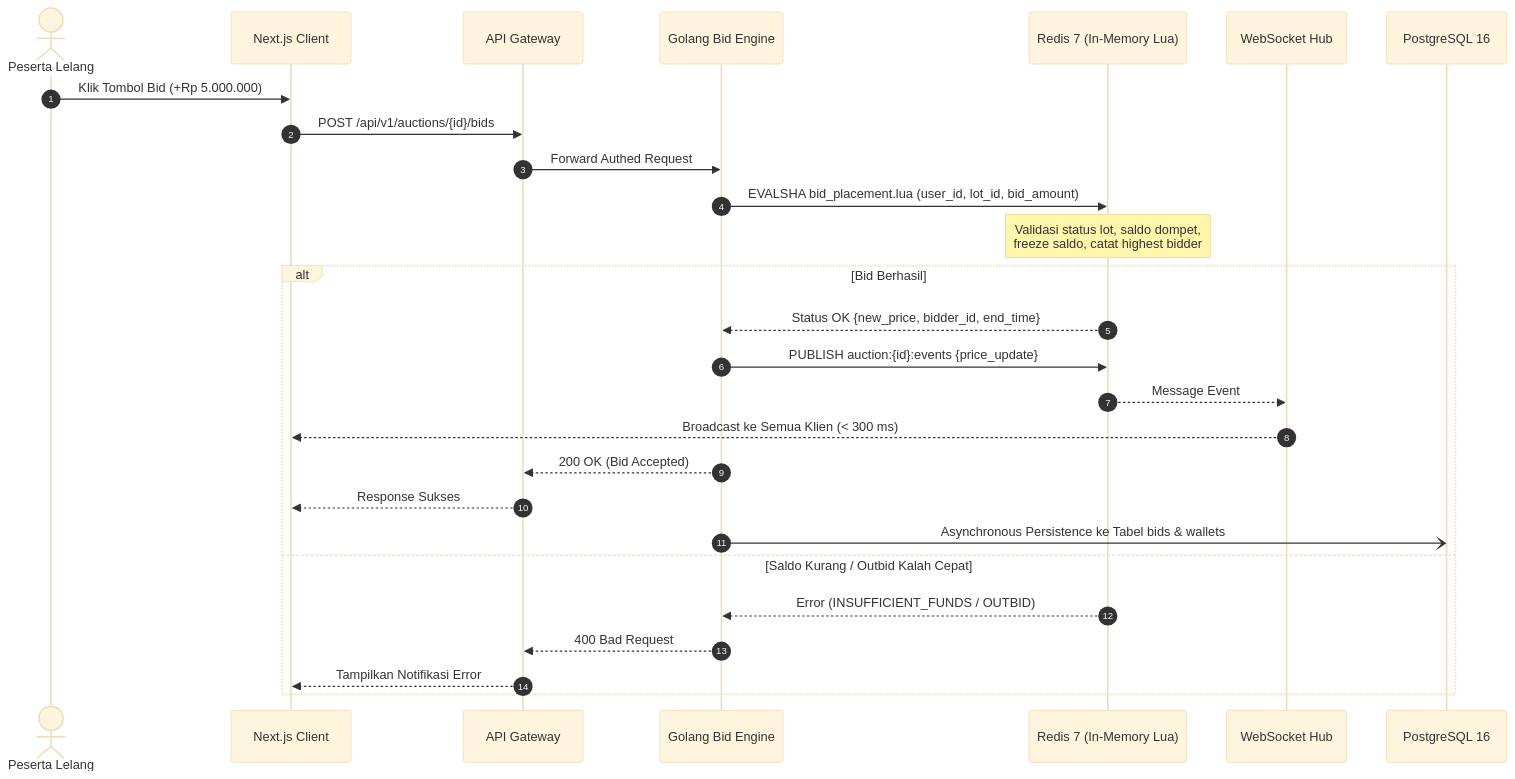
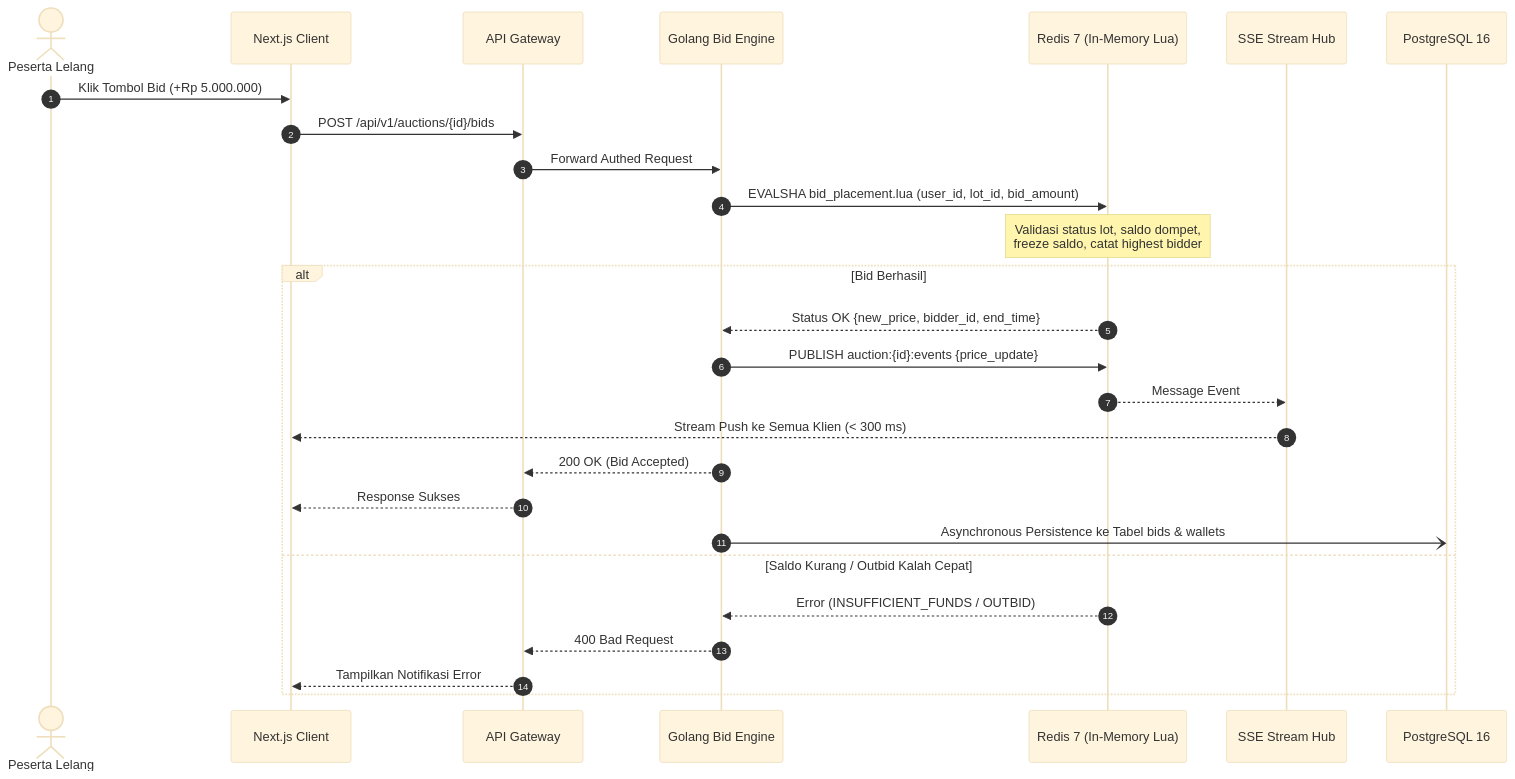
Before and after one commit to daniesalim304/SALT-HACKATON-2026: the third of 3 diagrams in 02_Projects/real-time-auction-engine/04_Design/high-level-design.md, drawn with Mermaid (base theme). The commit also changed other lines of this file and 24 other files, not shown here.

````diff
--- a/02_Projects/real-time-auction-engine/04_Design/high-level-design.md
+++ b/02_Projects/real-time-auction-engine/04_Design/high-level-design.md
@@ -216,31 +216,31 @@
 ```mermaid
 sequenceDiagram
     autonumber
     actor Bidder as Peserta Lelang
     participant UI as Next.js Client
     participant GW as API Gateway
     participant BE as Golang Bid Engine
     participant Redis as Redis 7 (In-Memory Lua)
-    participant WS as WebSocket Hub
+    participant SSE as SSE Stream Hub
     participant DB as PostgreSQL 16
 
     Bidder->>UI: Klik Tombol Bid (+Rp 5.000.000)
     UI->>GW: POST /api/v1/auctions/{id}/bids
     GW->>BE: Forward Authed Request
     BE->>Redis: EVALSHA bid_placement.lua (user_id, lot_id, bid_amount)
     Note over Redis: Validasi status lot, saldo dompet,<br/>freeze saldo, catat highest bidder
     
     alt Bid Berhasil
         Redis-->>BE: Status OK {new_price, bidder_id, end_time}
         BE->>Redis: PUBLISH auction:{id}:events {price_update}
-        Redis-->>WS: Message Event
-        WS-->>UI: Broadcast ke Semua Klien (< 300 ms)
+        Redis-->>SSE: Message Event
+        SSE-->>UI: Stream Push ke Semua Klien (< 300 ms)
         BE-->>GW: 200 OK (Bid Accepted)
         GW-->>UI: Response Sukses
         BE-)DB: Asynchronous Persistence ke Tabel bids & wallets
     else Saldo Kurang / Outbid Kalah Cepat
         Redis-->>BE: Error (INSUFFICIENT_FUNDS / OUTBID)
         BE-->>GW: 400 Bad Request
         GW-->>UI: Tampilkan Notifikasi Error
     end
 ```
````
